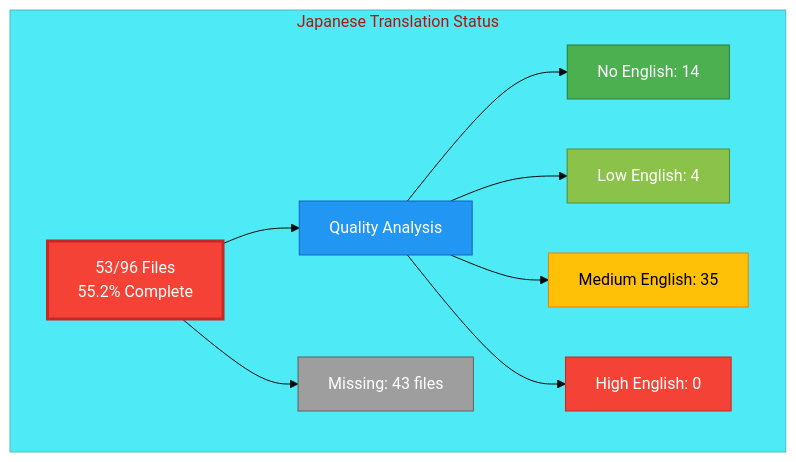
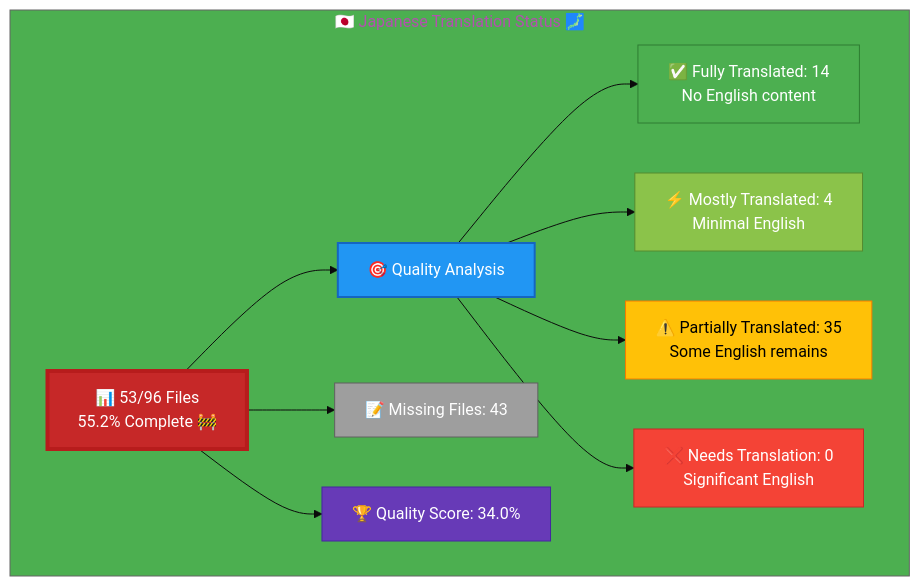
The diagram in Japanese-Translation-Status.md (Hack23/homepage), drawn with Mermaid before and after one commit. The commit also changed other lines of this file and 26 other files, not shown here.

Commit message:
Complete validation & enhancement: icons, color-coded Mermaid diagrams, accuracy verified for all 26 files

````diff
--- a/Japanese-Translation-Status.md
+++ b/Japanese-Translation-Status.md
@@ -11,22 +12,26 @@
 ```mermaid
-%%{init: {'theme':'base', 'themeVariables': { 'primaryColor':'#F44336'}}}%%
+%%{init: {'theme':'base', 'themeVariables': {'primaryColor':'#C62828','secondaryColor':'#2196F3','tertiaryColor':'#4CAF50','fontSize':'16px'}}}%%
 graph TB
-    subgraph "Japanese Translation Status"
-        A[53/96 Files<br/>55.2% Complete]
-        A --> B[Quality Analysis]
-        B --> C[No English: 14]
-        B --> D[Low English: 4]
-        B --> E[Medium English: 35]
-        B --> F[High English: 0]
+    subgraph "🇯🇵 Japanese Translation Status 🗾"
+        A["📊 53/96 Files<br/>55.2% Complete 🚧"]
         
-        A --> G[Missing: 43 files]
+        A --> B["🎯 Quality Analysis"]
+        B --> C["✅ Fully Translated: 14<br/>No English content"]
+        B --> D["⚡ Mostly Translated: 4<br/>Minimal English"]
+        B --> E["⚠️  Partially Translated: 35<br/>Some English remains"]
+        B --> F["❌ Needs Translation: 0<br/>Significant English"]
         
-        style A fill:#F44336,stroke:#C62828,color:#fff,stroke-width:3px
-        style B fill:#2196F3,stroke:#1565C0,color:#fff
+        A --> G["📝 Missing Files: 43"]
+        
+        A --> H["🏆 Quality Score: 34.0%"]
+        
+        style A fill:#C62828,stroke:#B71C1C,color:#fff,stroke-width:4px
+        style B fill:#2196F3,stroke:#1565C0,color:#fff,stroke-width:2px
         style C fill:#4CAF50,stroke:#2E7D32,color:#fff
         style D fill:#8BC34A,stroke:#558B2F,color:#fff
         style E fill:#FFC107,stroke:#F57C00,color:#000
         style F fill:#F44336,stroke:#C62828,color:#fff
         style G fill:#9E9E9E,stroke:#616161,color:#fff
+        style H fill:#673AB7,stroke:#4527A0,color:#fff
     end
 ```
````
